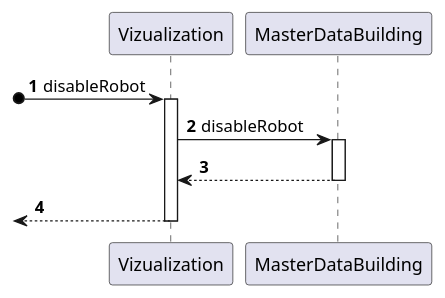
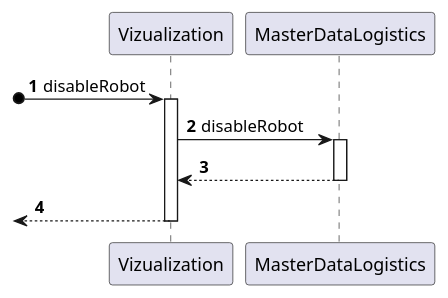
Before and after one commit to Pedro-Pereira1/sem5pi_23_24_g056: the diagram in docs/US_370/Diagrams/Level2/ProcessView.puml, drawn with PlantUML. The commit also changed 1 other file, not shown here.

```diff
--- a/docs/US_370/Diagrams/Level2/ProcessView.puml
+++ b/docs/US_370/Diagrams/Level2/ProcessView.puml
@@ -1,20 +1,20 @@
 @startuml
 'https://plantuml.com/sequence-diagram
 
 autonumber
 participant Vizualization
-participant MasterDataBuilding
+participant MasterDataLogistics
 
 ?o-> Vizualization : disableRobot
 activate Vizualization
 
-Vizualization -> MasterDataBuilding : disableRobot
-activate MasterDataBuilding
+Vizualization -> MasterDataLogistics : disableRobot
+activate MasterDataLogistics
 
-MasterDataBuilding --> Vizualization
-deactivate MasterDataBuilding
+MasterDataLogistics --> Vizualization
+deactivate MasterDataLogistics
 
 <-- Vizualization
 deactivate Vizualization
 
 @enduml
```
